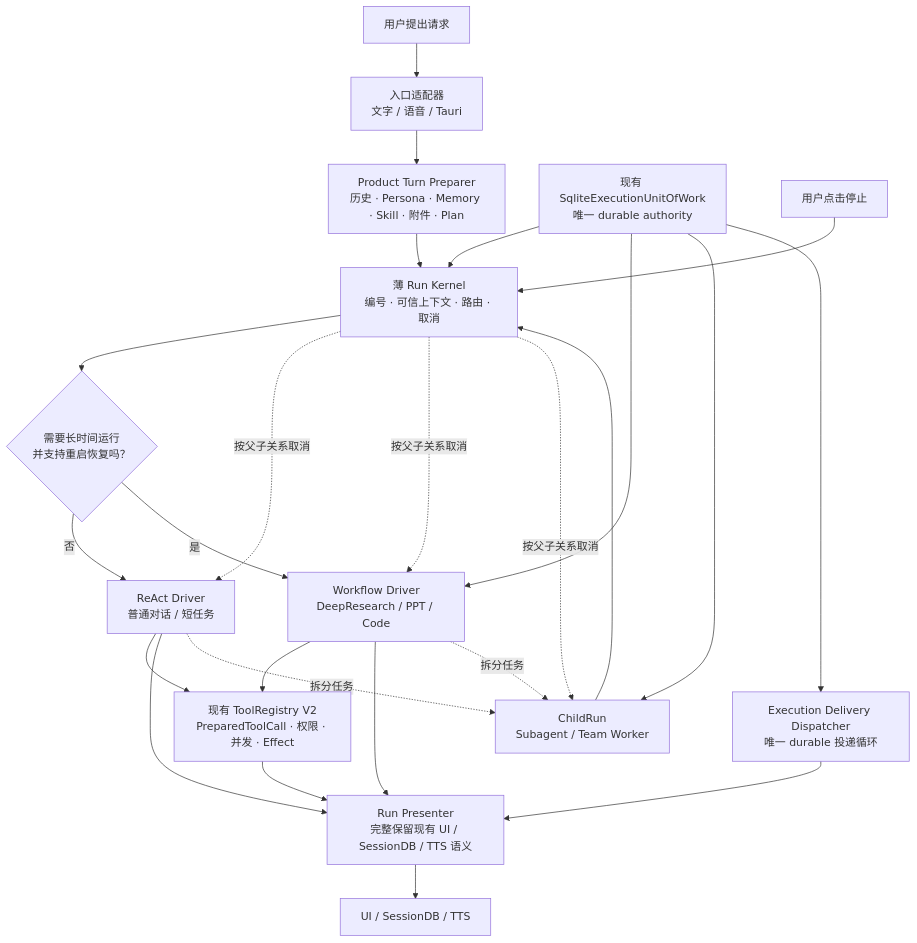
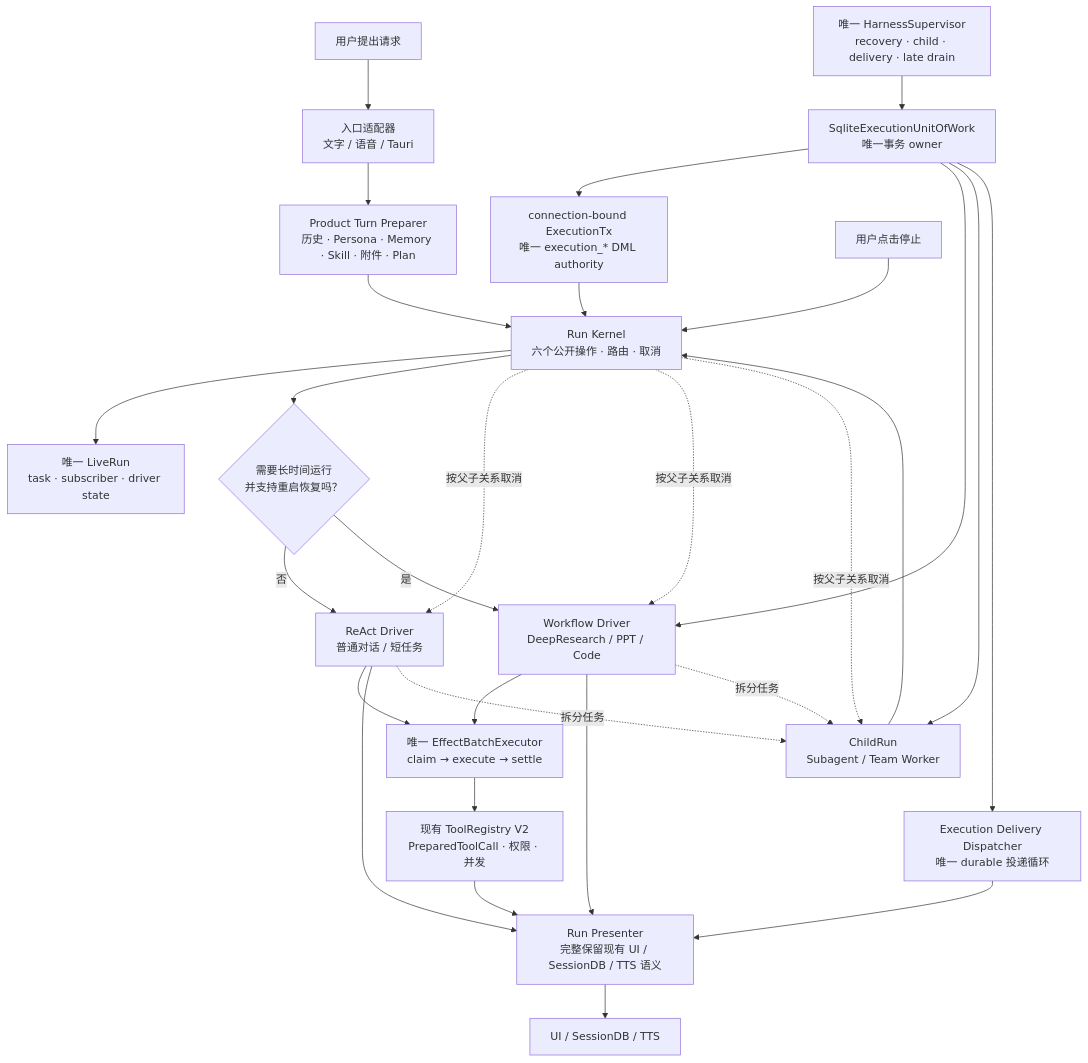
One commit to DennyWanye/simple_harness changed the diagram in plans/2026-07-20-agent-harness-simplification/target-architecture.md. Above: the diagram before and after it, drawn with Mermaid. The commit also changed other lines of this file and 7 other files, not shown here.

````diff
--- a/plans/2026-07-20-agent-harness-simplification/target-architecture.md
+++ b/plans/2026-07-20-agent-harness-simplification/target-architecture.md
@@ -21,36 +21,42 @@
 ```mermaid
 flowchart TD
     U["用户提出请求"] --> A["入口适配器<br/>文字 / 语音 / Tauri"]
 
     A --> P["Product Turn Preparer<br/>历史 · Persona · Memory · Skill · 附件 · Plan"]
-    P --> K["薄 Run Kernel<br/>编号 · 可信上下文 · 路由 · 取消"]
+    P --> K["Run Kernel<br/>六个公开操作 · 路由 · 取消"]
+
+    K --> L["唯一 LiveRun<br/>task · subscriber · driver state"]
 
     K --> Q{"需要长时间运行<br/>并支持重启恢复吗？"}
 
     Q -->|"否"| R["ReAct Driver<br/>普通对话 / 短任务"]
     Q -->|"是"| W["Workflow Driver<br/>DeepResearch / PPT / Code"]
 
-    R --> T["现有 ToolRegistry V2<br/>PreparedToolCall · 权限 · 并发 · Effect"]
-    W --> T
+    R --> B["唯一 EffectBatchExecutor<br/>claim → execute → settle"]
+    W --> B
+    B --> T["现有 ToolRegistry V2<br/>PreparedToolCall · 权限 · 并发"]
 
     R --> E["Run Presenter<br/>完整保留现有 UI / SessionDB / TTS 语义"]
     W --> E
     T --> E
 
     E --> O["UI / SessionDB / TTS"]
 
     R -. "拆分任务" .-> C["ChildRun<br/>Subagent / Team Worker"]
     W -. "拆分任务" .-> C
     C --> K
 
-    D["现有 SqliteExecutionUnitOfWork<br/>唯一 durable authority"] --> K
+    D["SqliteExecutionUnitOfWork<br/>唯一事务 owner"] --> TX["connection-bound ExecutionTx<br/>唯一 execution_* DML authority"]
+    TX --> K
     D --> W
     D --> C
     D --> X["Execution Delivery Dispatcher<br/>唯一 durable 投递循环"]
     X --> E
+
+    H["唯一 HarnessSupervisor<br/>recovery · child · delivery · late drain"] --> D
 
     S["用户点击停止"] --> K
     K -. "按父子关系取消" .-> R
     K -. "按父子关系取消" .-> W
     K -. "按父子关系取消" .-> C
 ```
````
